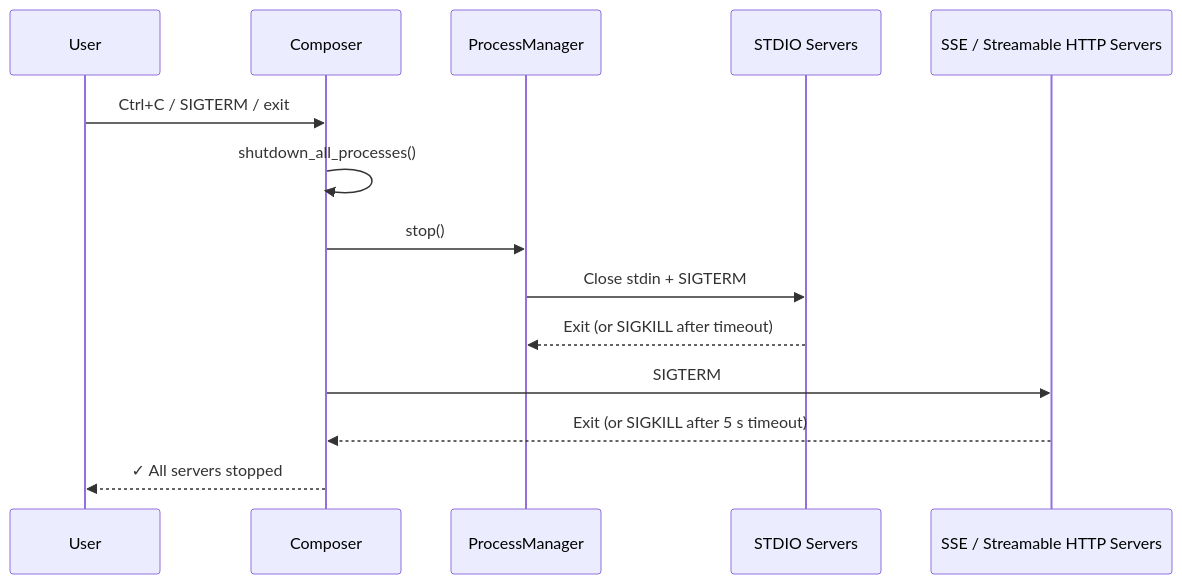
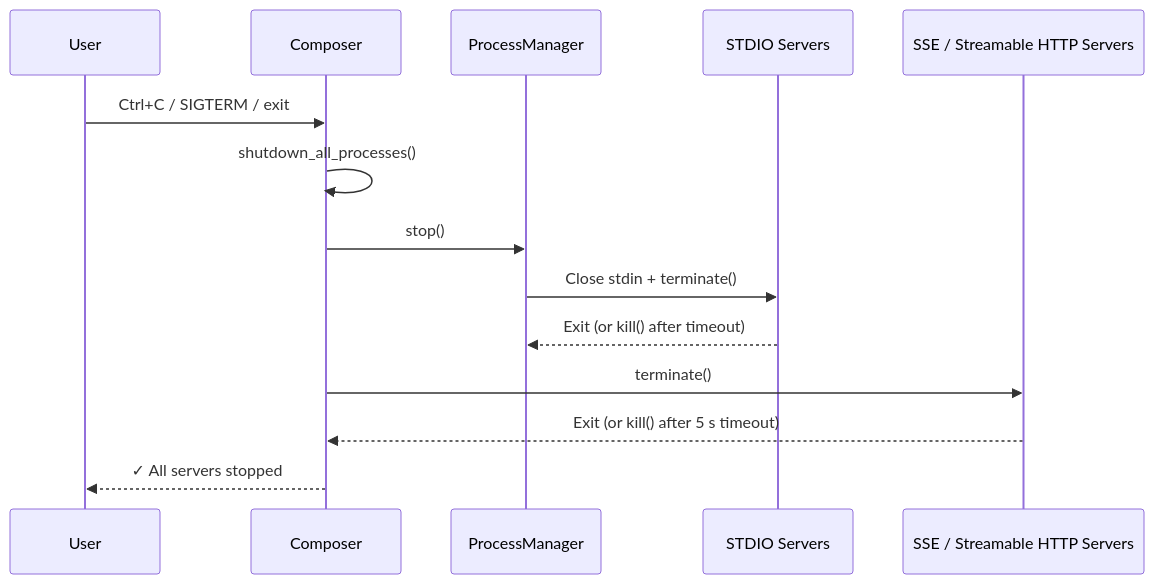
The second of 2 diagrams in docs/docs/operations/index.mdx (datalayer/mcp-compose), drawn with Mermaid before and after one commit. The commit also changed other lines of this file and 3 other files, not shown here.

````diff
--- a/docs/docs/operations/index.mdx
+++ b/docs/docs/operations/index.mdx
@@ -139,17 +139,17 @@
 ```mermaid
 sequenceDiagram
     participant User
     participant Composer
     participant ProcessManager
     participant STDIO as STDIO Servers
     participant HTTP as SSE / Streamable HTTP Servers
 
     User->>Composer: Ctrl+C / SIGTERM / exit
     Composer->>Composer: shutdown_all_processes()
     Composer->>ProcessManager: stop()
-    ProcessManager->>STDIO: Close stdin + SIGTERM
-    STDIO-->>ProcessManager: Exit (or SIGKILL after timeout)
-    Composer->>HTTP: SIGTERM
-    HTTP-->>Composer: Exit (or SIGKILL after 5 s timeout)
+    ProcessManager->>STDIO: Close stdin + terminate()
+    STDIO-->>ProcessManager: Exit (or kill() after timeout)
+    Composer->>HTTP: terminate()
+    HTTP-->>Composer: Exit (or kill() after 5 s timeout)
     Composer-->>User: ✓ All servers stopped
 ```
````
